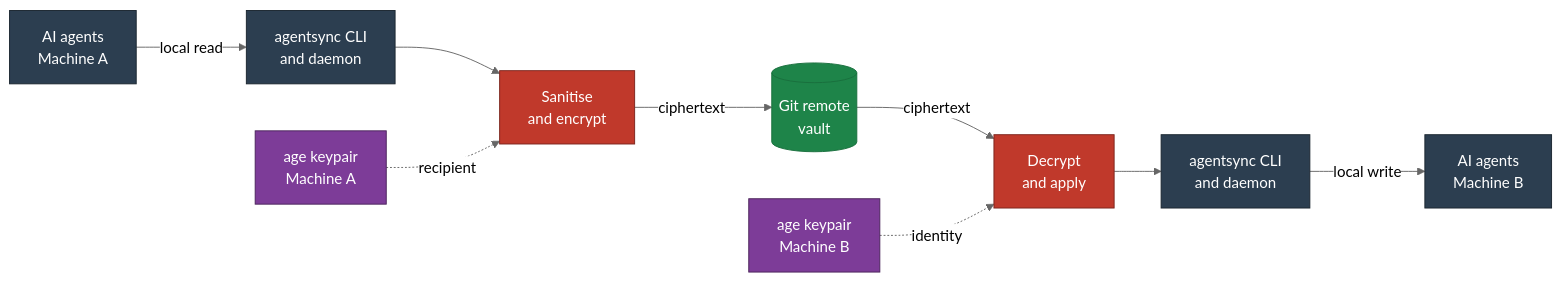
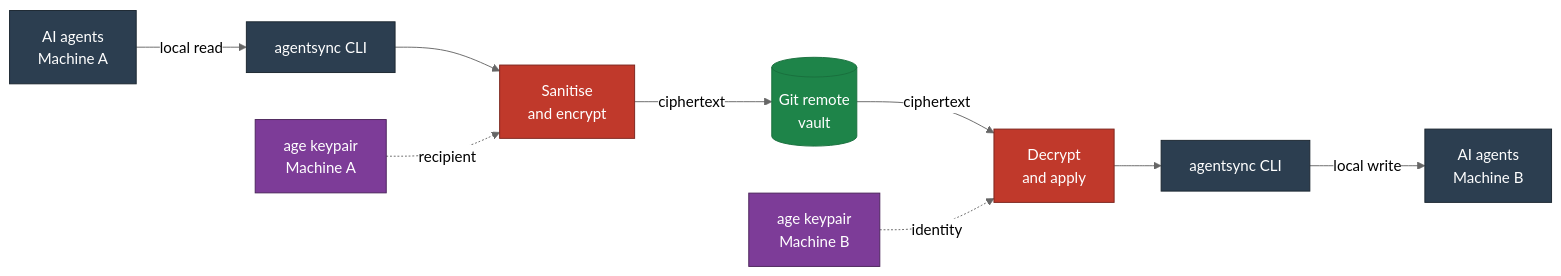
One commit to chrisleekr/agentsync changed the first of 3 diagrams in docs/architecture.md. Above: the diagram before and after it, drawn with Mermaid (neutral theme). The commit also changed other lines of this file and 66 other files, not shown here.

````diff
--- a/docs/architecture.md
+++ b/docs/architecture.md
@@ -19,26 +19,26 @@
 ```mermaid
 flowchart LR
     AgentsA["AI agents<br/>Machine A"]:::local
-    CliA["agentsync CLI<br/>and daemon"]:::local
+    CliA["agentsync CLI"]:::local
     KeyA["age keypair<br/>Machine A"]:::key
     SanEncA["Sanitise<br/>and encrypt"]:::gate
     VaultRemote[("Git remote<br/>vault")]:::remote
     SanEncB["Decrypt<br/>and apply"]:::gate
     KeyB["age keypair<br/>Machine B"]:::key
-    CliB["agentsync CLI<br/>and daemon"]:::local
+    CliB["agentsync CLI"]:::local
     AgentsB["AI agents<br/>Machine B"]:::local
 
     AgentsA -->|local read| CliA
     CliA --> SanEncA
     KeyA -.recipient.-> SanEncA
     SanEncA -->|ciphertext| VaultRemote
     VaultRemote -->|ciphertext| SanEncB
     KeyB -.identity.-> SanEncB
     SanEncB --> CliB
     CliB -->|local write| AgentsB
 
     classDef local fill:#2c3e50,color:#ffffff,stroke:#1a252f
     classDef key fill:#7d3c98,color:#ffffff,stroke:#4a235a
     classDef gate fill:#c0392b,color:#ffffff,stroke:#7b241c
     classDef remote fill:#1e8449,color:#ffffff,stroke:#196f3d
 ```
````
